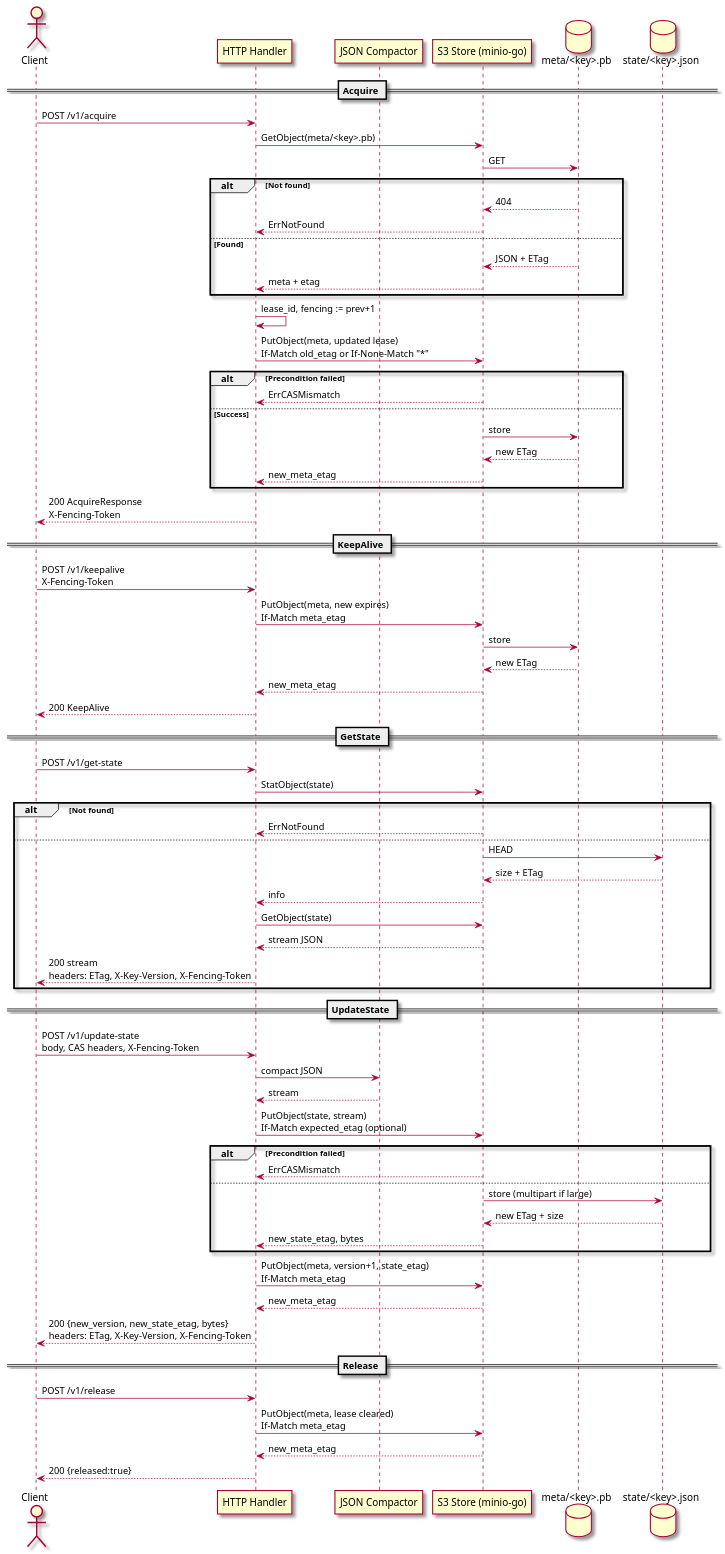
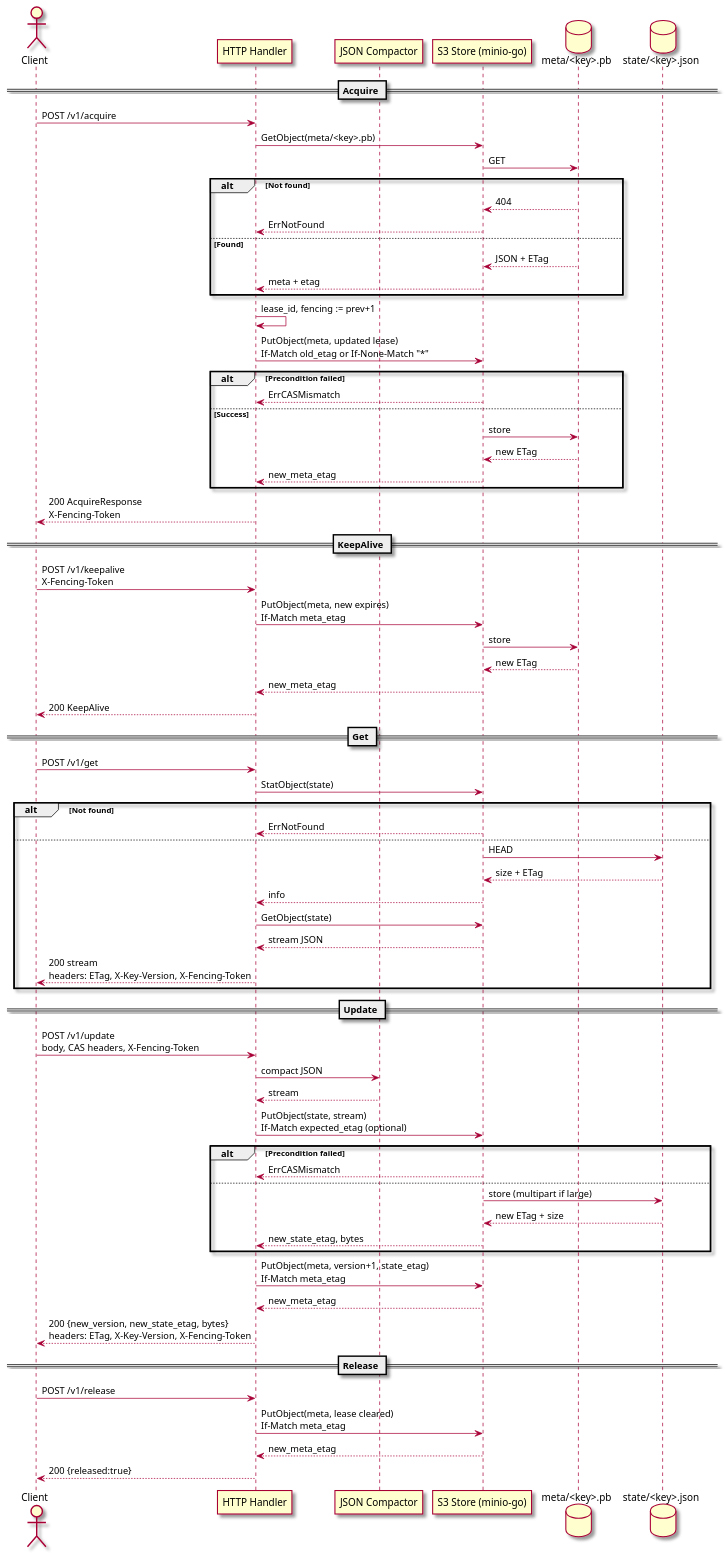
Before and after one commit to sa6mwa/lockd: the diagram in docs/diagrams/lockd-s3.puml, drawn with PlantUML. The commit also changed 63 other files, not shown here.

```diff
--- a/docs/diagrams/lockd-s3.puml
+++ b/docs/diagrams/lockd-s3.puml
@@ -1,79 +1,79 @@
 @startuml
 ' Detailed flow for S3-compatible backend (MinIO/AWS)
 
 skin rose
 
 actor Client
 participant "HTTP Handler" as Handler
 participant "JSON Compactor" as Compactor
 participant "S3 Store (minio-go)" as S3
 database "meta/<key>.pb" as MetaObj
 database "state/<key>.json" as StateObj
 
 == Acquire ==
 Client -> Handler: POST /v1/acquire
 Handler -> S3: GetObject(meta/<key>.pb)
 S3 -> MetaObj: GET
 alt Not found
     MetaObj --> S3: 404
     S3 --> Handler: ErrNotFound
 else Found
     MetaObj --> S3: JSON + ETag
     S3 --> Handler: meta + etag
 end
 Handler -> Handler: lease_id, fencing := prev+1
 Handler -> S3: PutObject(meta, updated lease)\nIf-Match old_etag or If-None-Match "*"
 alt Precondition failed
     S3 --> Handler: ErrCASMismatch
 else Success
     S3 -> MetaObj: store
     MetaObj --> S3: new ETag
     S3 --> Handler: new_meta_etag
 end
 Handler --> Client: 200 AcquireResponse\nX-Fencing-Token
 
 == KeepAlive ==
 Client -> Handler: POST /v1/keepalive\nX-Fencing-Token
 Handler -> S3: PutObject(meta, new expires)\nIf-Match meta_etag
 S3 -> MetaObj: store
 MetaObj --> S3: new ETag
 S3 --> Handler: new_meta_etag
 Handler --> Client: 200 KeepAlive
 
-== GetState ==
-Client -> Handler: POST /v1/get-state
+== Get ==
+Client -> Handler: POST /v1/get
 Handler -> S3: StatObject(state)
 alt Not found
     S3 --> Handler: ErrNotFound
 else
     S3 -> StateObj: HEAD
     StateObj --> S3: size + ETag
     S3 --> Handler: info
     Handler -> S3: GetObject(state)
     S3 --> Handler: stream JSON
     Handler --> Client: 200 stream\nheaders: ETag, X-Key-Version, X-Fencing-Token
 end
 
-== UpdateState ==
-Client -> Handler: POST /v1/update-state\nbody, CAS headers, X-Fencing-Token
+== Update ==
+Client -> Handler: POST /v1/update\nbody, CAS headers, X-Fencing-Token
 Handler -> Compactor: compact JSON
 Compactor --> Handler: stream
 Handler -> S3: PutObject(state, stream)\nIf-Match expected_etag (optional)
 alt Precondition failed
     S3 --> Handler: ErrCASMismatch
 else
     S3 -> StateObj: store (multipart if large)
     StateObj --> S3: new ETag + size
     S3 --> Handler: new_state_etag, bytes
 end
 Handler -> S3: PutObject(meta, version+1, state_etag)\nIf-Match meta_etag
 S3 --> Handler: new_meta_etag
 Handler --> Client: 200 {new_version, new_state_etag, bytes}\nheaders: ETag, X-Key-Version, X-Fencing-Token
 
 == Release ==
 Client -> Handler: POST /v1/release
 Handler -> S3: PutObject(meta, lease cleared)\nIf-Match meta_etag
 S3 --> Handler: new_meta_etag
 Handler --> Client: 200 {released:true}
 
 @enduml
```
